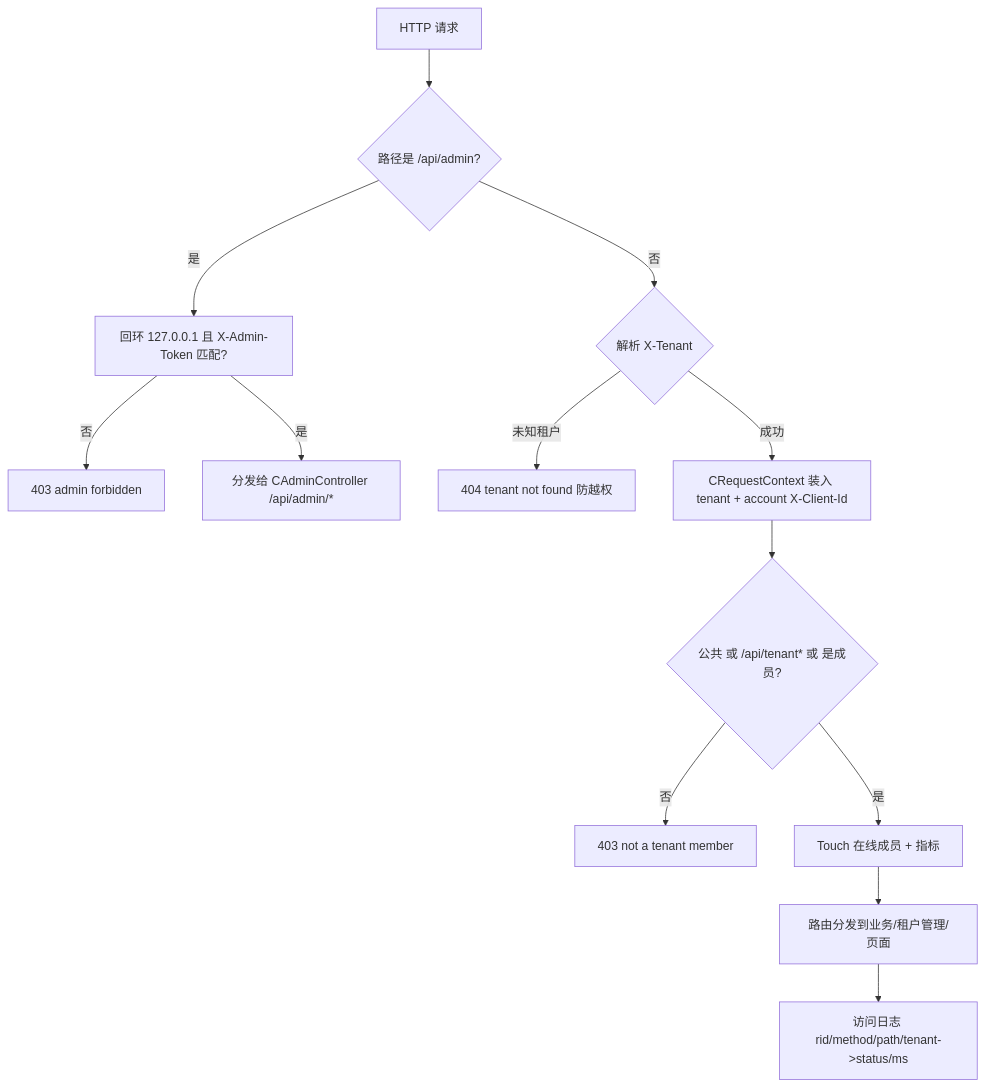
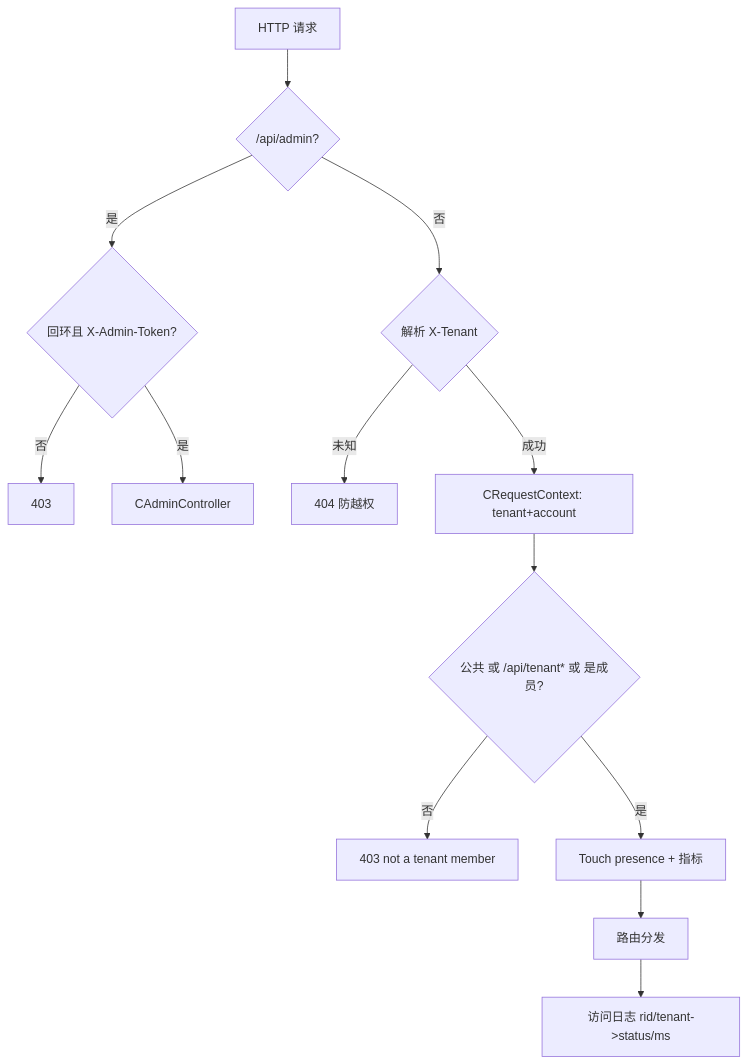
One commit to MYMarcoreus/COM-Framework changed the second of 3 diagrams in docs/datahub/tenant.md. Above: the diagram before and after it, drawn with Mermaid. The commit also changed other lines of this file and 1 other file, not shown here.

````diff
--- a/docs/datahub/tenant.md
+++ b/docs/datahub/tenant.md
@@ -127,15 +241,15 @@
 ```mermaid
 flowchart TD
-    A[HTTP 请求] --> B{路径是 /api/admin?}
-    B -- 是 --> B1[回环 127.0.0.1 且 X-Admin-Token 匹配?]
-    B1 -- 否 --> E403a[403 admin forbidden]
-    B1 -- 是 --> B2[分发给 CAdminController /api/admin/*]
+    A[HTTP 请求] --> B{/api/admin?}
+    B -- 是 --> B1{回环且 X-Admin-Token?}
+    B1 -- 否 --> E403a[403]
+    B1 -- 是 --> B2[CAdminController]
     B -- 否 --> C{解析 X-Tenant}
-    C -- 未知租户 --> E404[404 tenant not found 防越权]
-    C -- 成功 --> D[CRequestContext 装入 tenant + account X-Client-Id]
+    C -- 未知 --> E404[404 防越权]
+    C -- 成功 --> D[CRequestContext: tenant+account]
     D --> G{公共 或 /api/tenant* 或 是成员?}
     G -- 否 --> E403b[403 not a tenant member]
-    G -- 是 --> H[Touch 在线成员 + 指标]
-    H --> I[路由分发到业务/租户管理/页面]
-    I --> J[访问日志 rid/method/path/tenant->status/ms]
+    G -- 是 --> H[Touch presence + 指标]
+    H --> I[路由分发]
+    I --> J[访问日志 rid/tenant->status/ms]
 ```
````
